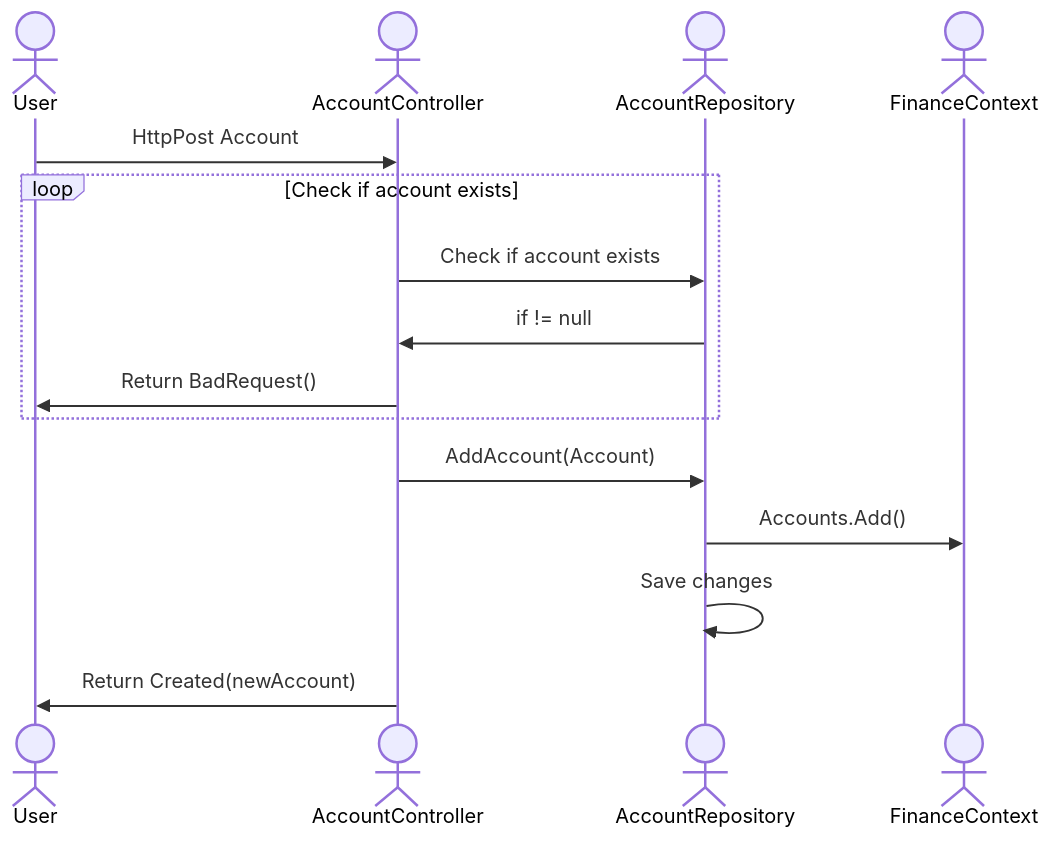
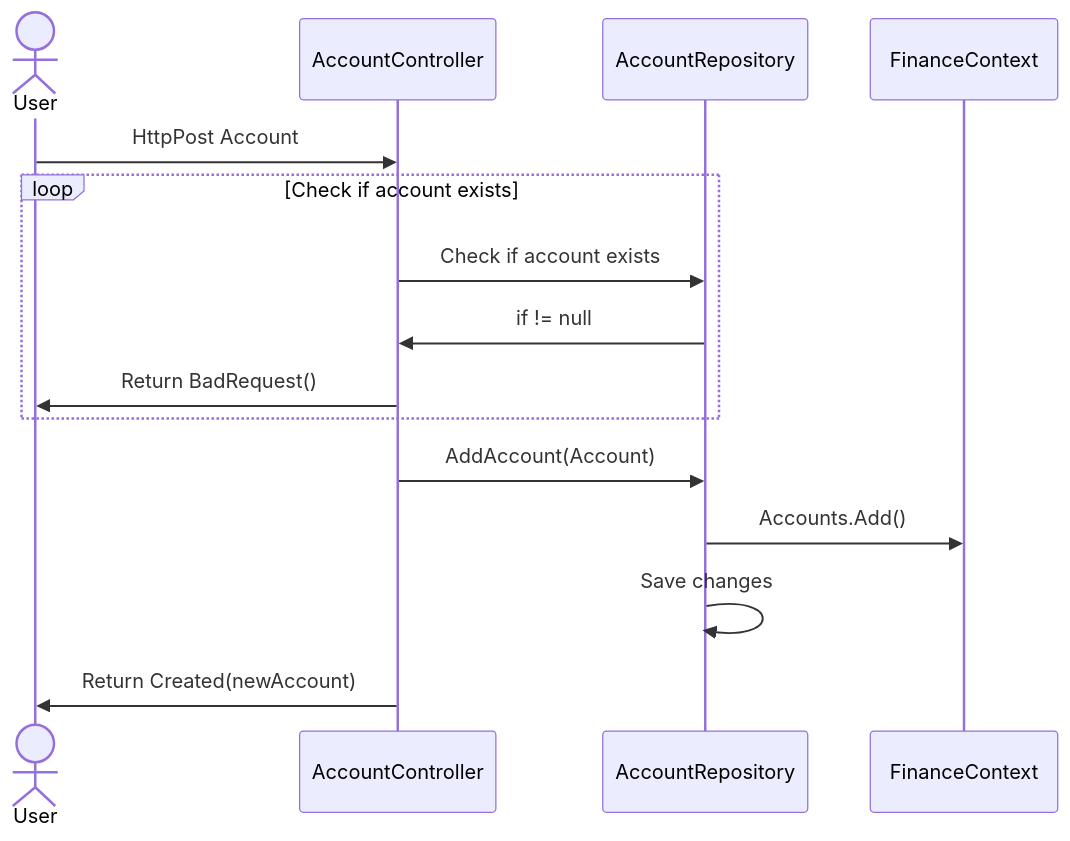
One commit to JET-NilsM/Practice-FinanceApp changed the diagram in TransactionService/Docs/Diagrams/SequenceDiagram.md. Above: the diagram before and after it, drawn with Mermaid. The commit also changed 6 other files, not shown here.

Commit message:
Recreated ER diagram, small updates to class and sequence

````diff
--- a/TransactionService/Docs/Diagrams/SequenceDiagram.md
+++ b/TransactionService/Docs/Diagrams/SequenceDiagram.md
@@ -1,19 +1,16 @@
 ```mermaid
 sequenceDiagram
     actor User
-    actor AccountController
-    actor AccountRepository
-    actor FinanceContext
 
         User->>AccountController: HttpPost Account
         loop Check if account exists
         AccountController->>AccountRepository: Check if account exists
         AccountRepository->>AccountController: if != null 
         AccountController->>User: Return BadRequest()
         end
         AccountController->>AccountRepository: AddAccount(Account)
         AccountRepository->>FinanceContext: Accounts.Add() 
         AccountRepository->>AccountRepository : Save changes
         AccountController->>User : Return Created(newAccount)
 
 ```
````
